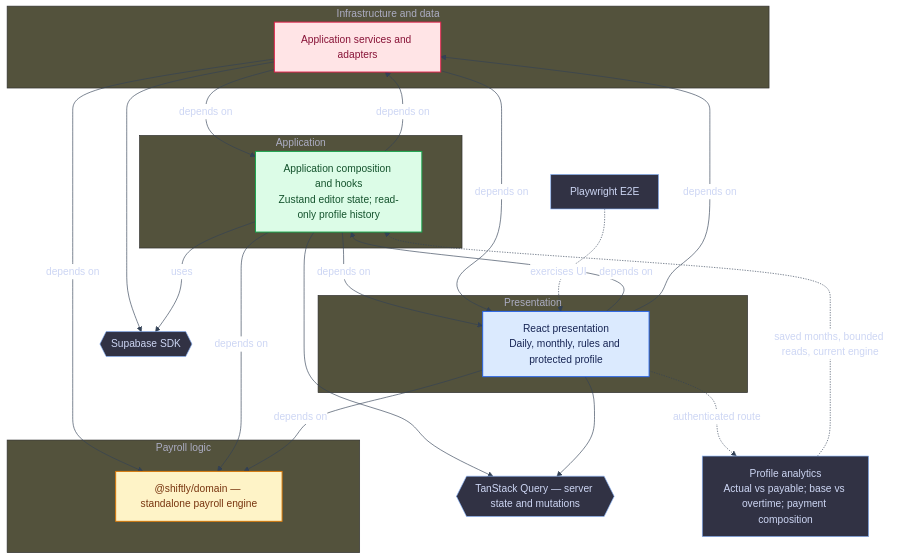
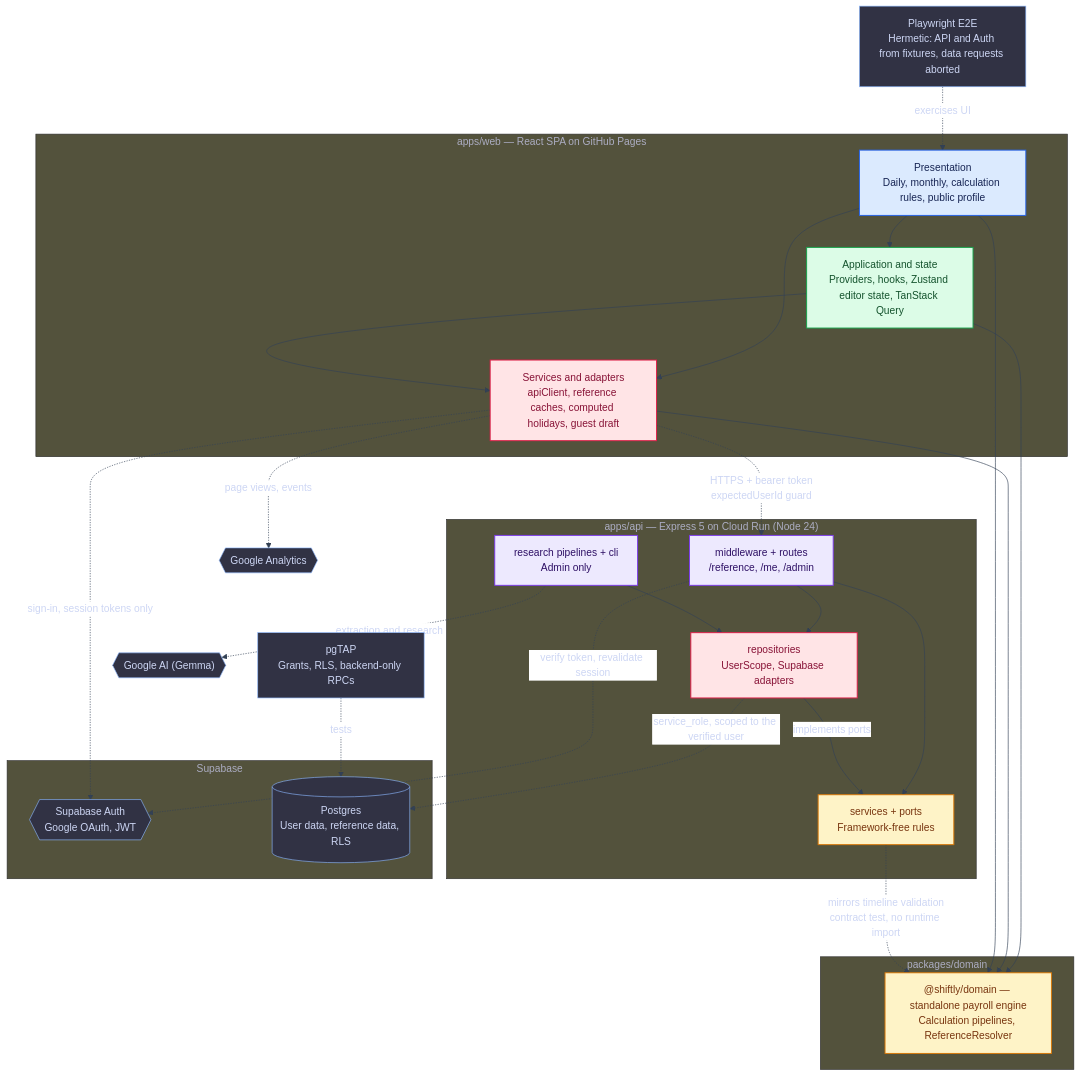
One commit to dmaman86/shiftly changed the first of 6 diagrams in docs/reference/README.md. Above: the diagram before and after it, drawn with Mermaid. The commit also changed other lines of this file and 18 other files, not shown here.

````diff
--- a/docs/reference/README.md
+++ b/docs/reference/README.md
@@ -129,63 +132,78 @@
 ```mermaid
 ---
 config:
   theme: base
   themeVariables:
     background: "#1e1e2e"
     primaryColor: "#313244"
     primaryTextColor: "#cdd6f4"
     primaryBorderColor: "#89b4fa"
     lineColor: "#334155"
     edgeLabelBackground: "#ffffff"
 ---
-%% Source: working tree, 2026-10-04. Base commit: c1832fe463538407b0906ec7e62c2f0d7542bcd6.
-%% Selected layer dependencies, including type imports; not a strict layered architecture.
-%% Solid arrows point from consumers to dependencies; dashed arrows show runtime behavior.
+%% Source: v1.1.0 (release candidate; source HEAD). Selected layer dependencies, including type imports. Commit: 581f74ea896bfef47de8892d99903c263df9c7c5.
+%% Solid arrows point from consumers to dependencies; dashed arrows show runtime calls across process boundaries.
+%% The browser uses Supabase for authentication only; every data read and write goes through apps/api.
 flowchart TD
-  subgraph group_data["Infrastructure and data"]
-    layer_data["Application services and adapters"]
+  subgraph web["apps/web — React SPA on GitHub Pages"]
+    layer_ui["Presentation<br/>Daily, monthly, calculation rules, public profile"]
+    layer_app["Application and state<br/>Providers, hooks, Zustand editor state, TanStack Query"]
+    layer_data["Services and adapters<br/>apiClient, reference caches, computed holidays, guest draft"]
   end
-  subgraph group_ui["Presentation"]
-    layer_ui["React presentation<br/>Daily, monthly, rules and protected profile"]
+  subgraph domain_pkg["packages/domain"]
+    layer_domain["@shiftly/domain — standalone payroll engine<br/>Calculation pipelines, ReferenceResolver"]
   end
-  subgraph group_app["Application"]
-    layer_app["Application composition and hooks<br/>Zustand editor state; read-only profile history"]
+  subgraph api["apps/api — Express 5 on Cloud Run (Node 24)"]
+    api_http["middleware + routes<br/>/reference, /me, /admin"]
+    api_core["services + ports<br/>Framework-free rules"]
+    api_repos["repositories<br/>UserScope, Supabase adapters"]
+    api_research["research pipelines + cli<br/>Admin only"]
   end
-  subgraph group_domain["Payroll logic"]
-    layer_domain["@shiftly/domain — standalone payroll engine"]
+  subgraph supabase["Supabase"]
+    sb_auth{{"Supabase Auth<br/>Google OAuth, JWT"}}
+    sb_db[("Postgres<br/>User data, reference data, RLS")]
   end
-  layer_data -->|"depends on"| layer_domain
-  layer_data -->|"depends on"| layer_app
-  layer_ui -->|"depends on"| layer_app
-  layer_ui -->|"depends on"| layer_data
-  layer_app -->|"depends on"| layer_domain
-  layer_app -->|"depends on"| layer_ui
-  layer_app -->|"depends on"| layer_data
-  layer_ui -->|"depends on"| layer_domain
-  layer_data -->|"depends on"| layer_ui
-  external_supabase{{"Supabase SDK"}}
-  external_query{{"TanStack Query — server state and mutations"}}
-  layer_app --> external_query
-  layer_ui --> external_query
-  layer_data --> external_supabase
-  layer_app -->|"uses"| external_supabase
-  profile["Profile analytics<br/>Actual vs payable; base vs overtime; payment composition"]
-  layer_ui -.->|"authenticated route"| profile
-  profile -.->|"saved months, bounded reads, current engine"| layer_app
-  click profile "https://github.com/dmaman86/shiftly/blob/main/apps/web/src/pages/ProfilePage.tsx"
-  e2e["Playwright E2E"]
+  external_ga{{"Google Analytics"}}
+  external_gemini{{"Google AI (Gemma)"}}
+  layer_ui --> layer_app
+  layer_ui --> layer_data
+  layer_app --> layer_data
+  layer_app --> layer_domain
+  layer_data --> layer_domain
+  layer_ui --> layer_domain
+  api_http --> api_core
+  api_http --> api_repos
+  api_core -.->|"mirrors timeline validation<br/>contract test, no runtime import"| layer_domain
+  api_repos -->|"implements ports"| api_core
+  api_research --> api_repos
+  layer_data -.->|"sign-in, session tokens only"| sb_auth
+  layer_data -.->|"HTTPS + bearer token<br/>expectedUserId guard"| api_http
+  layer_data -.->|"page views, events"| external_ga
+  api_http -.->|"verify token, revalidate session"| sb_auth
+  api_repos -.->|"service_role, scoped to the verified user"| sb_db
+  api_research -.->|"extraction and research"| external_gemini
+  e2e["Playwright E2E<br/>Hermetic: API and Auth from fixtures, data requests aborted"]
   e2e -.->|"exercises UI"| layer_ui
+  pgtap["pgTAP<br/>Grants, RLS, backend-only RPCs"]
+  pgtap -.->|"tests"| sb_db
+  click layer_ui "https://github.com/dmaman86/shiftly/blob/main/apps/web/src/app/routes/AppRoutes.tsx"
+  click layer_app "https://github.com/dmaman86/shiftly/blob/main/apps/web/src/app/providers/AppProviders.tsx"
+  click layer_data "https://github.com/dmaman86/shiftly/blob/main/apps/web/src/services/api/client.ts"
+  click layer_domain "https://github.com/dmaman86/shiftly/blob/main/packages/domain/src/composition.ts"
+  click api_http "https://github.com/dmaman86/shiftly/blob/main/apps/api/src/app.ts"
+  click api_core "https://github.com/dmaman86/shiftly/tree/main/apps/api/src/services"
+  click api_repos "https://github.com/dmaman86/shiftly/blob/main/apps/api/src/repositories/user-scope.ts"
+  click api_research "https://github.com/dmaman86/shiftly/tree/main/apps/api/src/research"
   click e2e "https://github.com/dmaman86/shiftly/blob/main/playwright.config.ts"
-  click layer_data "https://github.com/dmaman86/shiftly/blob/main/apps/web/src/services/supabase/supabase.client.ts"
+  click pgtap "https://github.com/dmaman86/shiftly/tree/main/supabase/tests"
+  classDef toneBlue fill:#dbeafe,stroke:#2563eb,stroke-width:1.5px,color:#172554
+  classDef toneMint fill:#dcfce7,stroke:#16a34a,stroke-width:1.5px,color:#14532d
   classDef toneRose fill:#ffe4e6,stroke:#e11d48,stroke-width:1.5px,color:#881337
-  class layer_data toneRose
-  click layer_ui "https://github.com/dmaman86/shiftly/blob/main/apps/web/src/app/App.tsx"
-  classDef toneBlue fill:#dbeafe,stroke:#2563eb,stroke-width:1.5px,color:#172554
+  classDef toneAmber fill:#fef3c7,stroke:#d97706,stroke-width:1.5px,color:#78350f
+  classDef toneViolet fill:#ede9fe,stroke:#7c3aed,stroke-width:1.5px,color:#2e1065
   class layer_ui toneBlue
-  click layer_app "https://github.com/dmaman86/shiftly/blob/main/apps/web/src/store/globalStore.ts"
-  classDef toneMint fill:#dcfce7,stroke:#16a34a,stroke-width:1.5px,color:#14532d
   class layer_app toneMint
-  click layer_domain "https://github.com/dmaman86/shiftly/blob/main/packages/domain/src/composition.ts"
-  classDef toneAmber fill:#fef3c7,stroke:#d97706,stroke-width:1.5px,color:#78350f
-  class layer_domain toneAmber
+  class layer_data,api_repos toneRose
+  class layer_domain,api_core toneAmber
+  class api_http,api_research toneViolet
 ```
````
